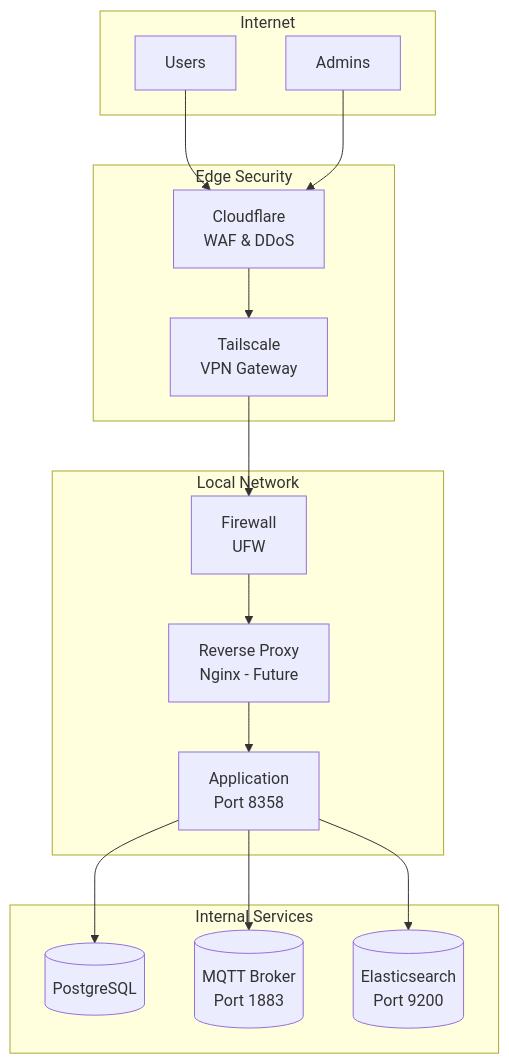
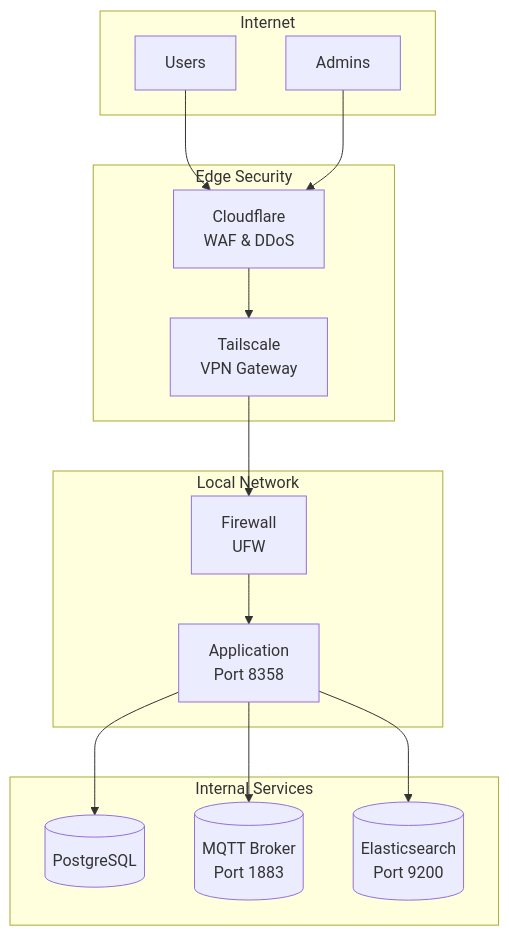
Before and after one commit to millenniumist/church-financial-report: the seventh of 12 diagrams in SYSTEM_ARCHITECTURE.md, drawn with Mermaid. The commit also changed other lines of this file and 4 other files, not shown here.

````diff
--- a/SYSTEM_ARCHITECTURE.md
+++ b/SYSTEM_ARCHITECTURE.md
@@ -584,34 +578,32 @@
 ```mermaid
 graph TD
     subgraph "Internet"
         USR[Users]
         ADM[Admins]
     end
 
     subgraph "Edge Security"
         CF2[Cloudflare<br/>WAF & DDoS]
         TS2[Tailscale<br/>VPN Gateway]
     end
 
     subgraph "Local Network"
         FW[Firewall<br/>UFW]
-        RP[Reverse Proxy<br/>Nginx - Future]
         APP2[Application<br/>Port 8358]
     end
 
     subgraph "Internal Services"
         DB2[(PostgreSQL)]
         MQTT3[(MQTT Broker<br/>Port 1883)]
         ES2[(Elasticsearch<br/>Port 9200)]
     end
 
     USR --> CF2
     ADM --> CF2
     CF2 --> TS2
     TS2 --> FW
-    FW --> RP
-    RP --> APP2
+    FW --> APP2
     APP2 --> DB2
     APP2 --> MQTT3
     APP2 --> ES2
 ```
````
